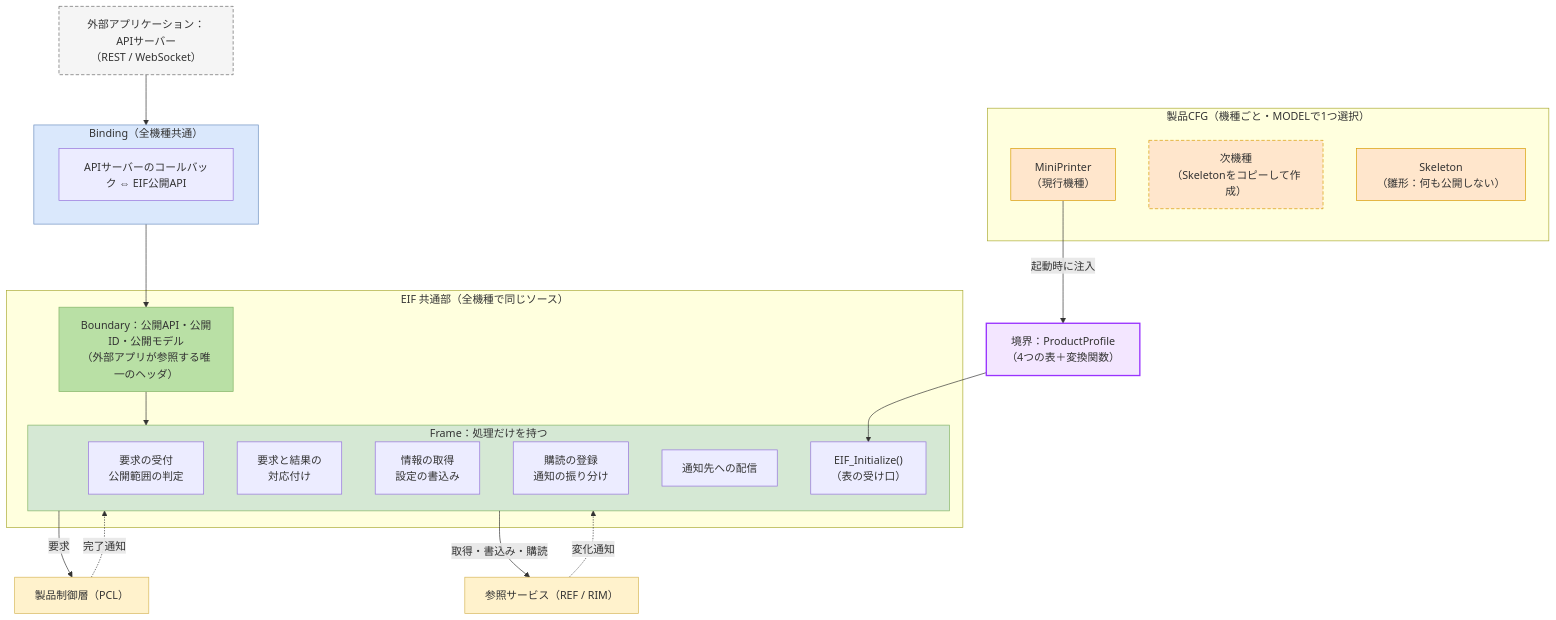
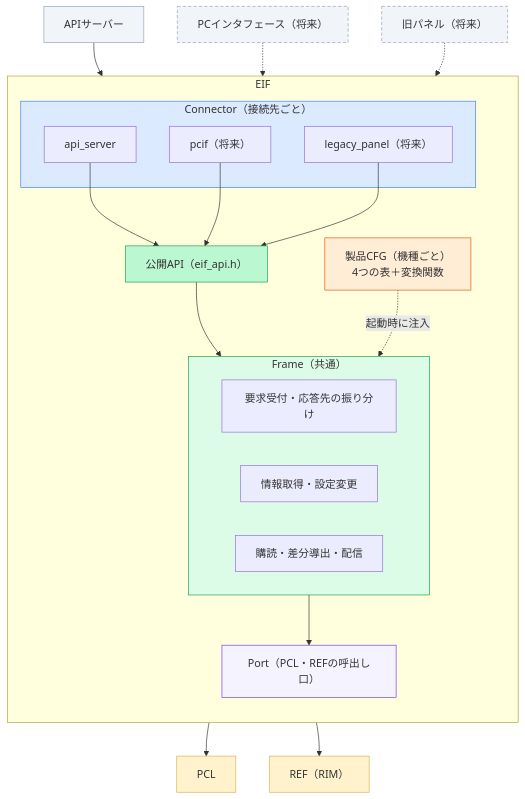
One commit to ceedling-vxworks-test-generator/EIF-design changed the first of 2 diagrams in 01.設計/Frame機種依存分離設計.md. Above: the diagram before and after it, drawn with Mermaid. The commit also changed other lines of this file and 6 other files, not shown here.

````diff
--- a/01.設計/Frame機種依存分離設計.md
+++ b/01.設計/Frame機種依存分離設計.md
@@ -82,47 +80,44 @@
 ```mermaid
 flowchart TB
-    AS["外部アプリケーション：APIサーバー<br/>（REST / WebSocket）"]:::ext
+    X1["APIサーバー"]:::ext
+    X2["PCインタフェース（将来）"]:::fut
+    X3["旧パネル（将来）"]:::fut
 
-    subgraph BIND["Binding（全機種共通）"]
-        B1["APIサーバーのコールバック ⇔ EIF公開API"]
+    subgraph EIF["EIF"]
+        direction TB
+        subgraph CON["Connector（接続先ごと）"]
+            C1["api_server"]
+            C2["pcif（将来）"]
+            C3["legacy_panel（将来）"]
+        end
+        API["公開API（eif_api.h）"]:::api
+        subgraph FRM["Frame（共通）"]
+            F1["要求受付・応答先の振り分け"]
+            F2["情報取得・設定変更"]
+            F3["購読・差分導出・配信"]
+        end
+        PRD["製品CFG（機種ごと）<br/>4つの表＋変換関数"]:::prod
+        PORT["Port（PCL・REFの呼出し口）"]:::port
     end
 
-    subgraph CMN["EIF 共通部（全機種で同じソース）"]
-        BOUND["Boundary：公開API・公開ID・公開モデル<br/>（外部アプリが参照する唯一のヘッダ）"]:::bound
-        subgraph FRAME["Frame：処理だけを持つ"]
-            F1["要求の受付<br/>公開範囲の判定"]
-            F2["要求と結果の<br/>対応付け"]
-            F3["情報の取得<br/>設定の書込み"]
-            F4["購読の登録<br/>通知の振り分け"]
-            F5["通知先への配信"]
-            FI["EIF_Initialize()<br/>（表の受け口）"]
-        end
-    end
+    PCL["PCL"]:::layer
+    REF["REF（RIM）"]:::layer
 
-    IF["境界：ProductProfile<br/>（4つの表＋変換関数）"]:::ifb
+    X1 --> C1
+    X2 -.-> C2
+    X3 -.-> C3
+    C1 & C2 & C3 --> API --> FRM
+    PRD -. "起動時に注入" .-> FRM
+    FRM --> PORT
+    PORT --> PCL
+    PORT --> REF
 
-    subgraph PROD["製品CFG（機種ごと・MODELで1つ選択）"]
-        P1["MiniPrinter<br/>（現行機種）"]:::prod
-        P2["次機種<br/>（Skeletonをコピーして作成）"]:::prodn
-        P3["Skeleton<br/>（雛形：何も公開しない）"]:::prod
-    end
-
-    PCL["製品制御層（PCL）"]:::layer
-    REF["参照サービス（REF / RIM）"]:::layer
-
-    AS --> BIND --> BOUND --> FRAME
-    FRAME -->|"要求"| PCL
-    PCL -.->|"完了通知"| FRAME
-    FRAME -->|"取得・書込み・購読"| REF
-    REF -.->|"変化通知"| FRAME
-    P1 -->|"起動時に注入"| IF --> FI
-
-    classDef ext fill:#f5f5f5,stroke:#666,stroke-dasharray:5 3
-    classDef bound fill:#b9e0a5,stroke:#82b366
-    classDef ifb fill:#f3e6ff,stroke:#9933ff,stroke-width:2px
-    classDef prod fill:#ffe6cc,stroke:#d79b00
-    classDef prodn fill:#ffe6cc,stroke:#d79b00,stroke-dasharray:5 3
-    classDef layer fill:#fff2cc,stroke:#d6b656
-    style FRAME fill:#d5e8d4,stroke:#82b366
-    style BIND fill:#dae8fc,stroke:#6c8ebf
+    classDef ext fill:#F1F5F9,stroke:#94A3B8
+    classDef fut fill:#F1F5F9,stroke:#94A3B8,stroke-dasharray:5 3
+    classDef api fill:#BBF7D0,stroke:#16A34A
+    classDef prod fill:#FFEDD5,stroke:#EA580C
+    classDef port fill:#F5F3FF,stroke:#7C3AED
+    classDef layer fill:#FFF2CC,stroke:#D6B656
+    style CON fill:#DBEAFE,stroke:#3B82F6
+    style FRM fill:#DCFCE7,stroke:#16A34A
 ```
````
